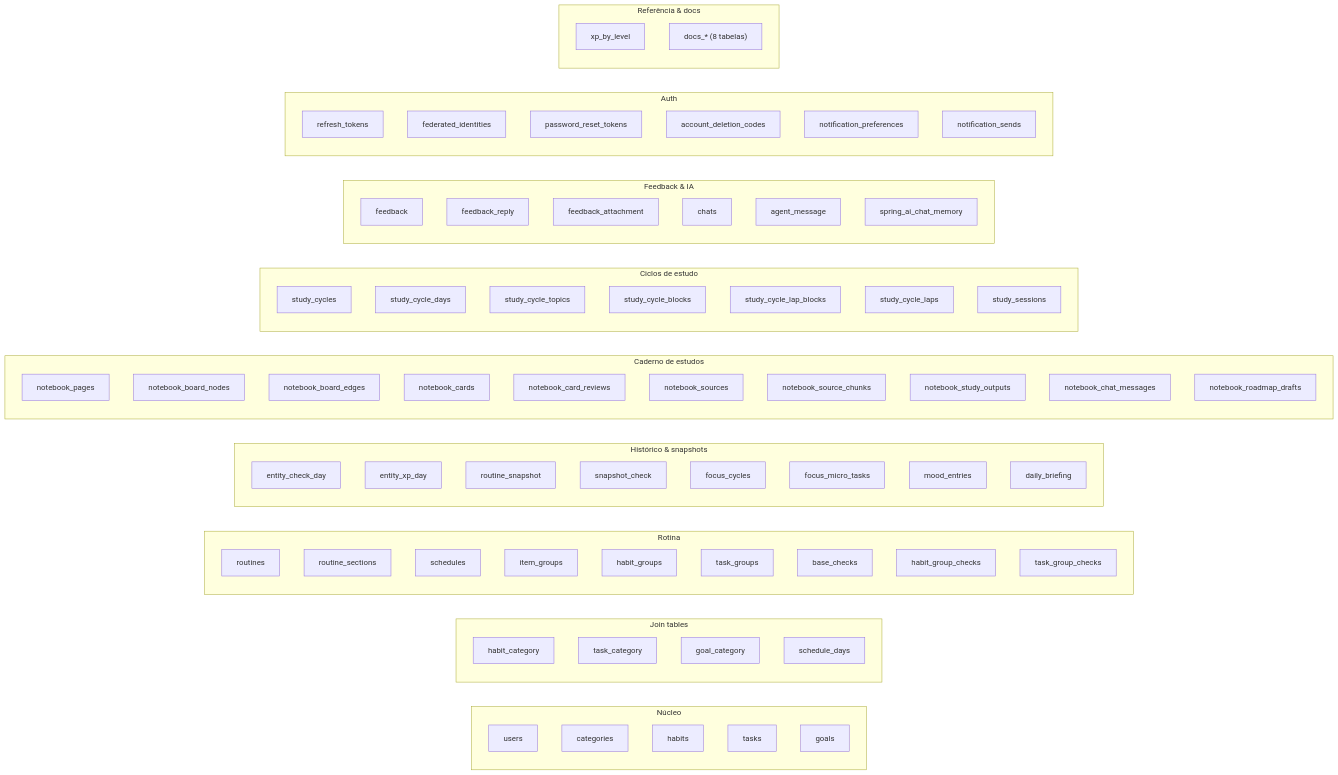
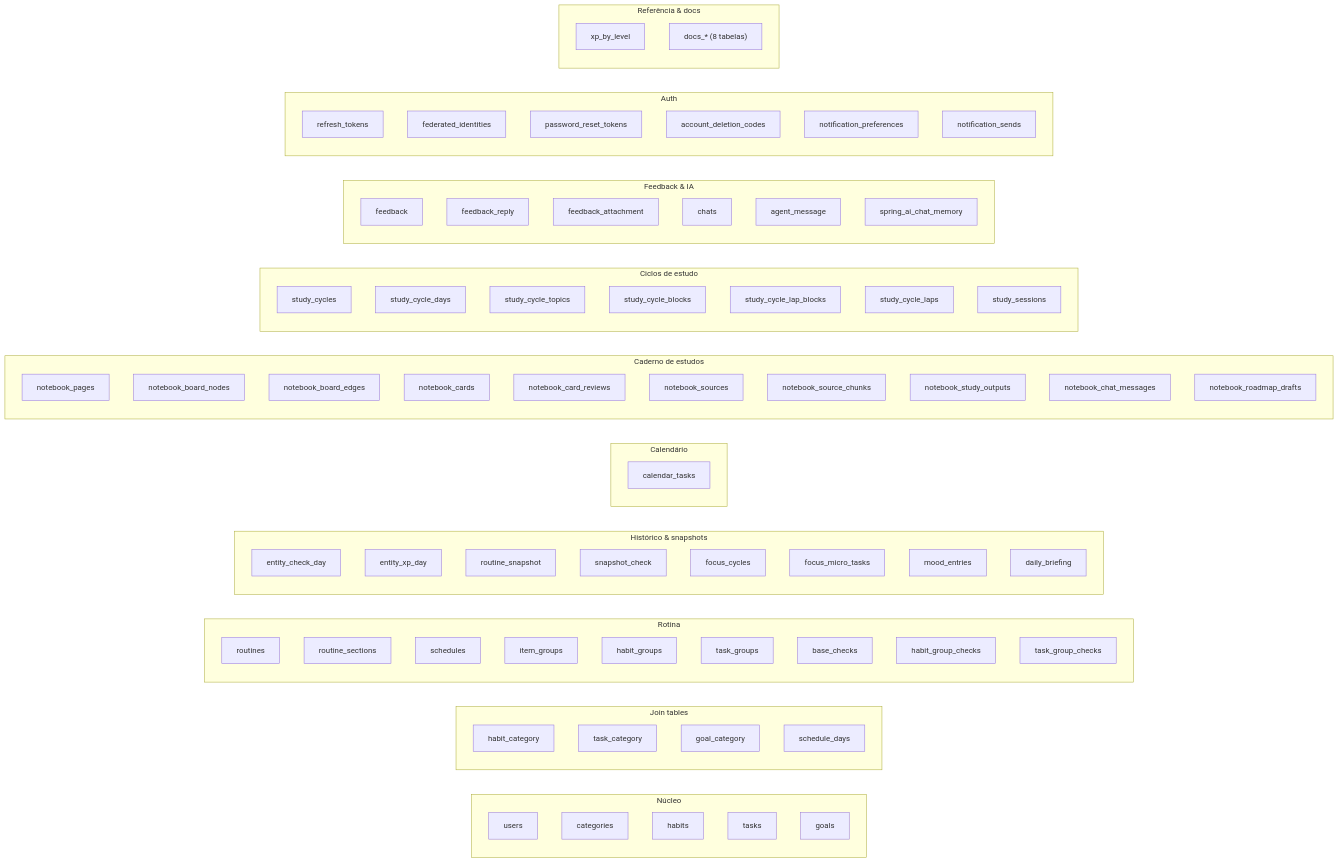
One commit to AndDev741/Beyou-arch-design changed the fifth of 5 diagrams in architecture/domain-model/pt.md. Above: the diagram before and after it, drawn with Mermaid. The commit also changed other lines of this file and 32 other files, not shown here.

```diff
--- a/architecture/domain-model/pt.md
+++ b/architecture/domain-model/pt.md
@@ -602,6 +644,10 @@
     focus_micro_tasks
     mood_entries
     daily_briefing
+  end
+
+  subgraph calendar["Calendário"]
+    calendar_tasks
   end
 
   subgraph notebook["Caderno de estudos"]
```
